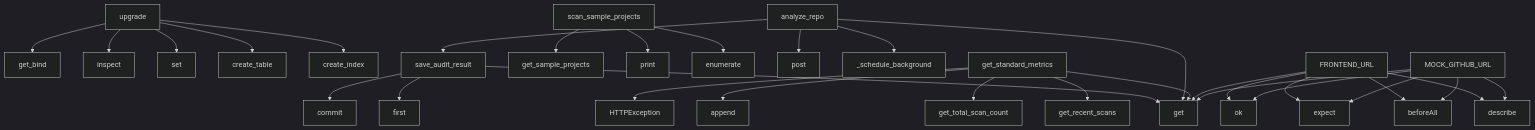
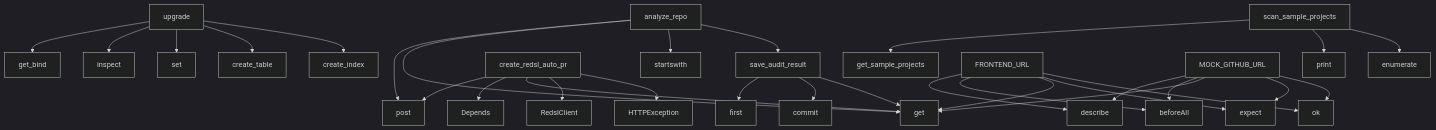
Before and after one commit to semcod/www: the diagram in project/context.md, drawn with Mermaid (dark theme). The commit also changed other lines of this file and 50 other files, not shown here.

````diff
--- a/project/context.md
+++ b/project/context.md
@@ -614,33 +617,33 @@
 ```mermaid
 graph TD
     upgrade --> get_bind
     upgrade --> inspect
     upgrade --> set
     upgrade --> create_table
     upgrade --> create_index
+    analyze_repo --> post
+    analyze_repo --> get
+    analyze_repo --> startswith
+    analyze_repo --> save_audit_result
     save_audit_result --> first
     save_audit_result --> commit
     save_audit_result --> get
+    create_redsl_auto_pr --> post
+    create_redsl_auto_pr --> Depends
+    create_redsl_auto_pr --> get
+    create_redsl_auto_pr --> RedslClient
+    create_redsl_auto_pr --> HTTPException
     scan_sample_projects --> get_sample_projects
     scan_sample_projects --> print
     scan_sample_projects --> enumerate
-    analyze_repo --> post
-    analyze_repo --> get
-    analyze_repo --> save_audit_result
-    analyze_repo --> _schedule_background
-    get_standard_metrics --> get
-    get_standard_metrics --> get_recent_scans
-    get_standard_metrics --> get_total_scan_count
-    get_standard_metrics --> append
-    get_standard_metrics --> HTTPException
     FRONTEND_URL --> describe
     FRONTEND_URL --> beforeAll
     FRONTEND_URL --> get
     FRONTEND_URL --> expect
     FRONTEND_URL --> ok
     MOCK_GITHUB_URL --> describe
     MOCK_GITHUB_URL --> beforeAll
     MOCK_GITHUB_URL --> get
     MOCK_GITHUB_URL --> expect
     MOCK_GITHUB_URL --> ok
 ```
````
